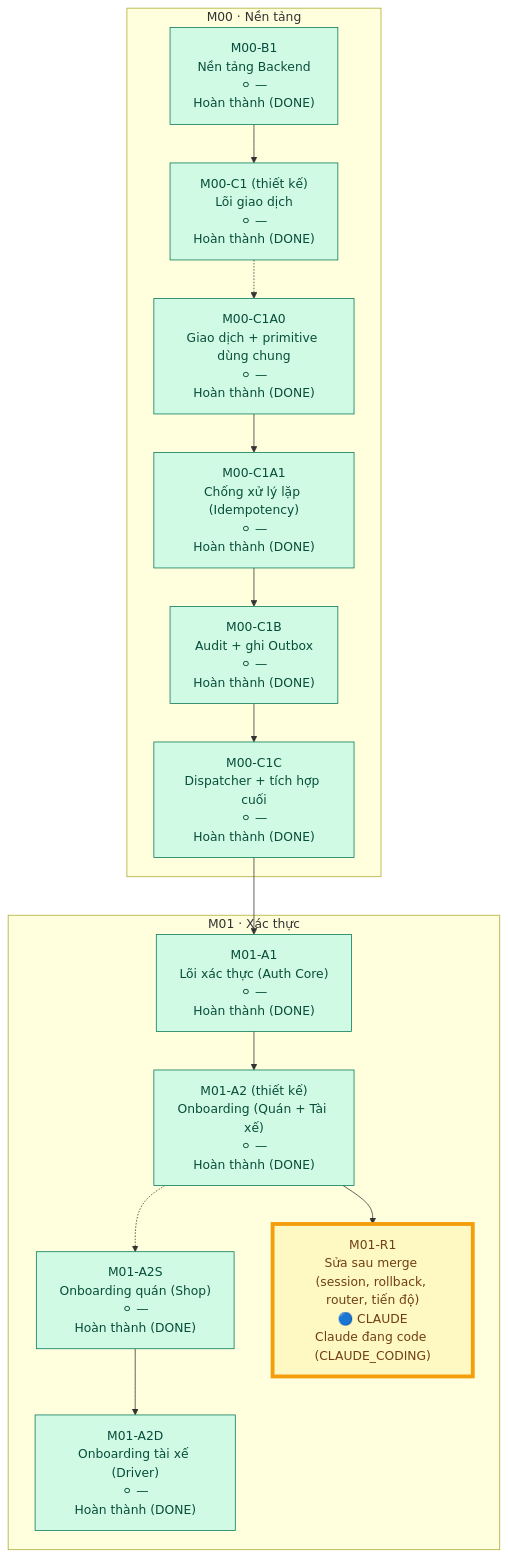
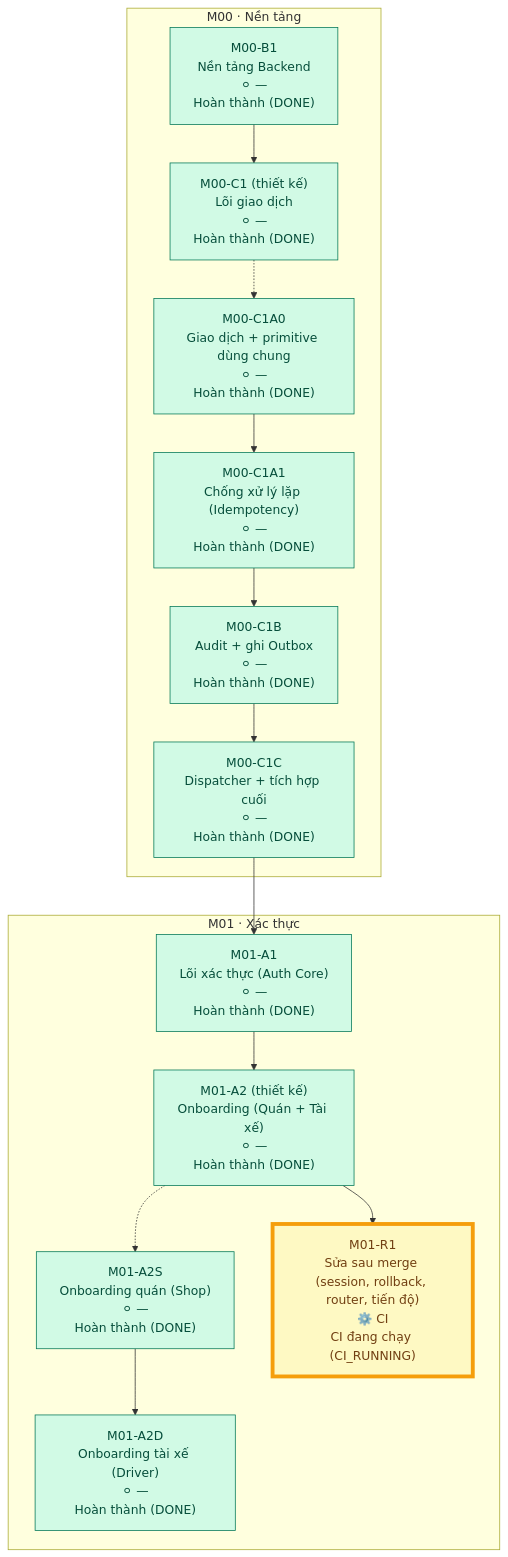
One commit to trungtn87/11ship changed the diagram in docs/PROGRESS.md. Above: the diagram before and after it, drawn with Mermaid. The commit also changed other lines of this file, not shown here.

````diff
--- a/docs/PROGRESS.md
+++ b/docs/PROGRESS.md
@@ -38,42 +39,42 @@
 ```mermaid
 flowchart TD
   subgraph M00_box["M00 · Nền tảng"]
     M00_B1["M00-B1<br/>Nền tảng Backend<br/>⚪ —<br/>Hoàn thành (DONE)"]
     M00_C1["M00-C1 (thiết kế)<br/>Lõi giao dịch<br/>⚪ —<br/>Hoàn thành (DONE)"]
     M00_C1A0["M00-C1A0<br/>Giao dịch + primitive dùng chung<br/>⚪ —<br/>Hoàn thành (DONE)"]
     M00_C1A1["M00-C1A1<br/>Chống xử lý lặp (Idempotency)<br/>⚪ —<br/>Hoàn thành (DONE)"]
     M00_C1B["M00-C1B<br/>Audit + ghi Outbox<br/>⚪ —<br/>Hoàn thành (DONE)"]
     M00_C1C["M00-C1C<br/>Dispatcher + tích hợp cuối<br/>⚪ —<br/>Hoàn thành (DONE)"]
   end
   subgraph M01_box["M01 · Xác thực"]
     M01_A1["M01-A1<br/>Lõi xác thực (Auth Core)<br/>⚪ —<br/>Hoàn thành (DONE)"]
     M01_A2["M01-A2 (thiết kế)<br/>Onboarding (Quán + Tài xế)<br/>⚪ —<br/>Hoàn thành (DONE)"]
     M01_A2S["M01-A2S<br/>Onboarding quán (Shop)<br/>⚪ —<br/>Hoàn thành (DONE)"]
     M01_A2D["M01-A2D<br/>Onboarding tài xế (Driver)<br/>⚪ —<br/>Hoàn thành (DONE)"]
-    M01_R1["M01-R1<br/>Sửa sau merge (session, rollback, router, tiến độ)<br/>🔵 CLAUDE<br/>Claude đang code (CLAUDE_CODING)"]
+    M01_R1["M01-R1<br/>Sửa sau merge (session, rollback, router, tiến độ)<br/>⚙️ CI<br/>CI đang chạy (CI_RUNNING)"]
   end
 
   M00_B1 --> M00_C1
   M00_C1 -.-> M00_C1A0
   M00_C1A0 --> M00_C1A1
   M00_C1A1 --> M00_C1B
   M00_C1B --> M00_C1C
   M00_C1C --> M01_A1
   M01_A1 --> M01_A2
   M01_A2 -.-> M01_A2S
   M01_A2S --> M01_A2D
   M01_A2 --> M01_R1
 
   classDef done fill:#d1fae5,stroke:#047857,color:#064e3b
   classDef locked fill:#e0e7ff,stroke:#4338ca,color:#312e81
   classDef ready fill:#dbeafe,stroke:#1d4ed8,color:#1e3a8a
   classDef active fill:#fef9c3,stroke:#a16207,color:#713f12
   classDef failed fill:#fee2e2,stroke:#b91c1c,color:#7f1d1d
   classDef review fill:#f3e8ff,stroke:#7e22ce,color:#581c87
   classDef blocked fill:#f3f4f6,stroke:#9ca3af,color:#4b5563,stroke-dasharray:4 3
   classDef planned fill:#ffffff,stroke:#9ca3af,color:#374151
   classDef focus stroke:#f59e0b,stroke-width:5px
   class M00_B1,M00_C1,M00_C1A0,M00_C1A1,M00_C1B,M00_C1C,M01_A1,M01_A2,M01_A2S,M01_A2D done
   class M01_R1 active
   class M01_R1 focus
 ```
````
